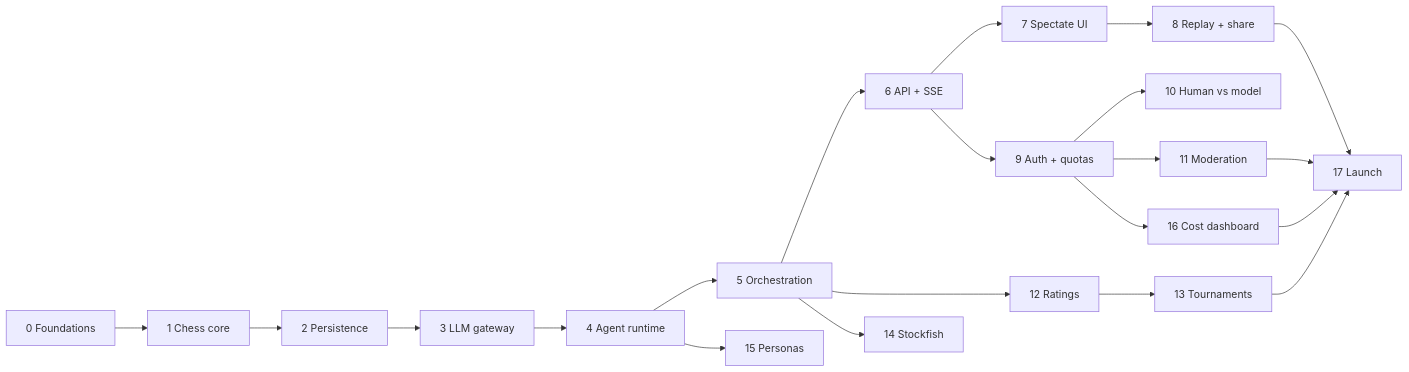
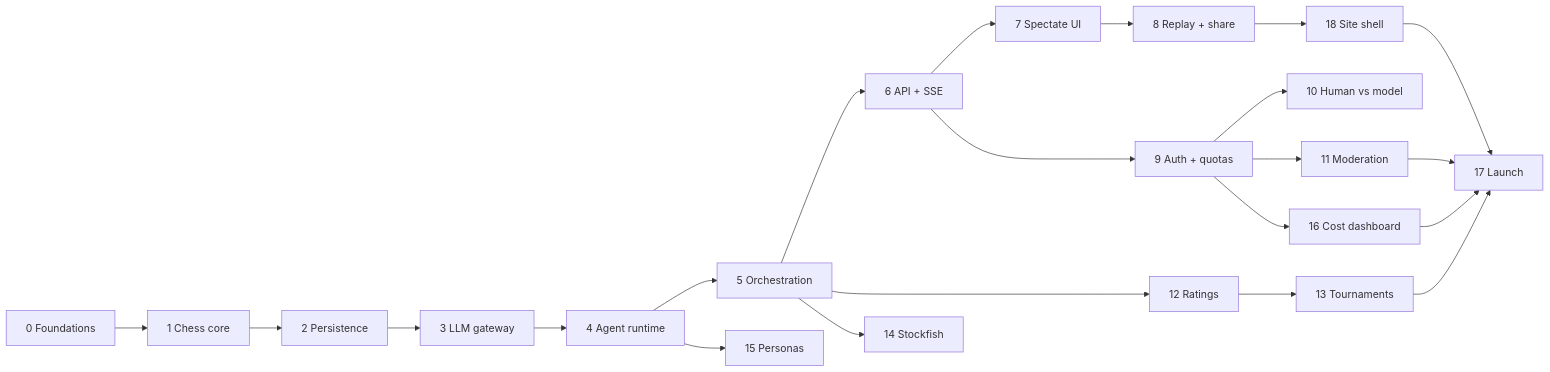
Before and after one commit to ahmedsaed/chessmark: the diagram in docs/ROADMAP.md, drawn with Mermaid. The commit also changed other lines of this file and 24 other files, not shown here.

````diff
--- a/docs/ROADMAP.md
+++ b/docs/ROADMAP.md
@@ -21,23 +21,24 @@
 ```mermaid
 flowchart LR
     P0[0 Foundations] --> P1[1 Chess core]
     P1 --> P2[2 Persistence]
     P2 --> P3[3 LLM gateway]
     P3 --> P4[4 Agent runtime]
     P4 --> P5[5 Orchestration]
     P5 --> P6[6 API + SSE]
     P6 --> P7[7 Spectate UI]
     P7 --> P8[8 Replay + share]
     P6 --> P9[9 Auth + quotas]
     P9 --> P10[10 Human vs model]
     P9 --> P11[11 Moderation]
     P5 --> P12[12 Ratings]
     P12 --> P13[13 Tournaments]
     P5 --> P14[14 Stockfish]
     P4 --> P15[15 Personas]
     P9 --> P16[16 Cost dashboard]
-    P8 --> P17[17 Launch]
+    P8 --> P18[18 Site shell]
+    P18 --> P17[17 Launch]
     P11 --> P17
     P13 --> P17
     P16 --> P17
 ```
````
